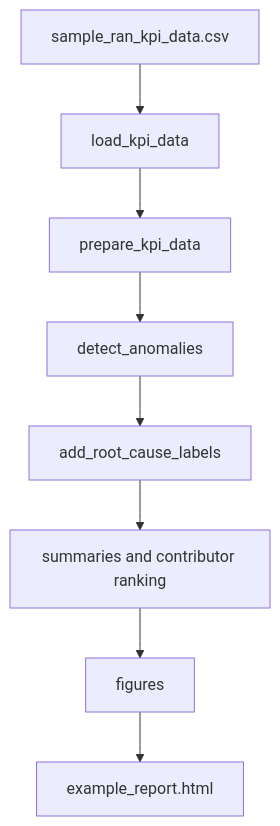
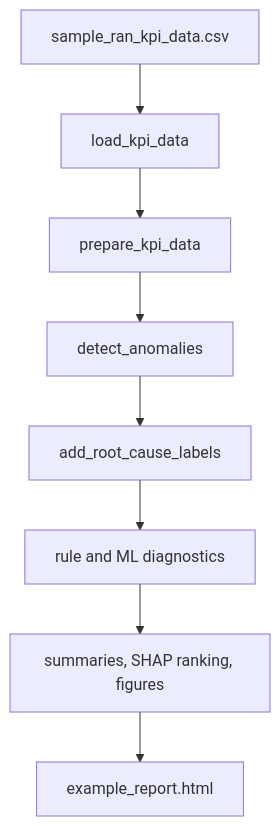
Before and after one commit to WW6889/ran-kpi-root-cause-analyzer: the diagram in docs/architecture.md, drawn with Mermaid. The commit also changed other lines of this file and 41 other files, not shown here.

````diff
--- a/docs/architecture.md
+++ b/docs/architecture.md
@@ -12,10 +13,10 @@
 ```mermaid
 flowchart TD
     A["sample_ran_kpi_data.csv"] --> B["load_kpi_data"]
     B --> C["prepare_kpi_data"]
     C --> D["detect_anomalies"]
     D --> E["add_root_cause_labels"]
-    E --> F["summaries and contributor ranking"]
-    F --> G["figures"]
+    E --> F["rule and ML diagnostics"]
+    F --> G["summaries, SHAP ranking, figures"]
     G --> H["example_report.html"]
 ```
````
